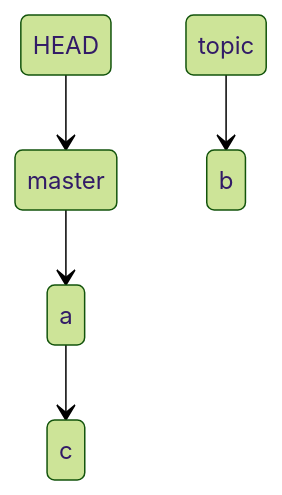
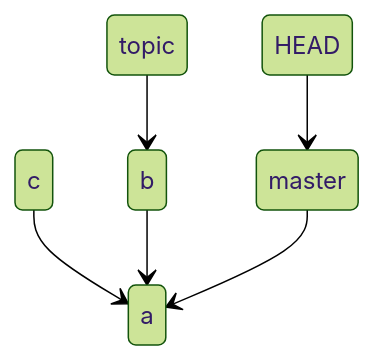
The second of 2 diagrams in Docs/Ops/Git/cli/git branch.md (dhay3/archiVe), drawn with Mermaid (forest theme) before and after one commit. The commit also changed other lines of this file and 9 other files, not shown here.

````diff
--- a/Docs/Ops/Git/cli/git branch.md
+++ b/Docs/Ops/Git/cli/git branch.md
@@ -235,7 +253,8 @@
 ```mermaid
 stateDiagram-v2
-	a --> c
+	c --> a
+	b --> a
 	master --> a
 	topic --> b
 	HEAD --> master
 ```
````
